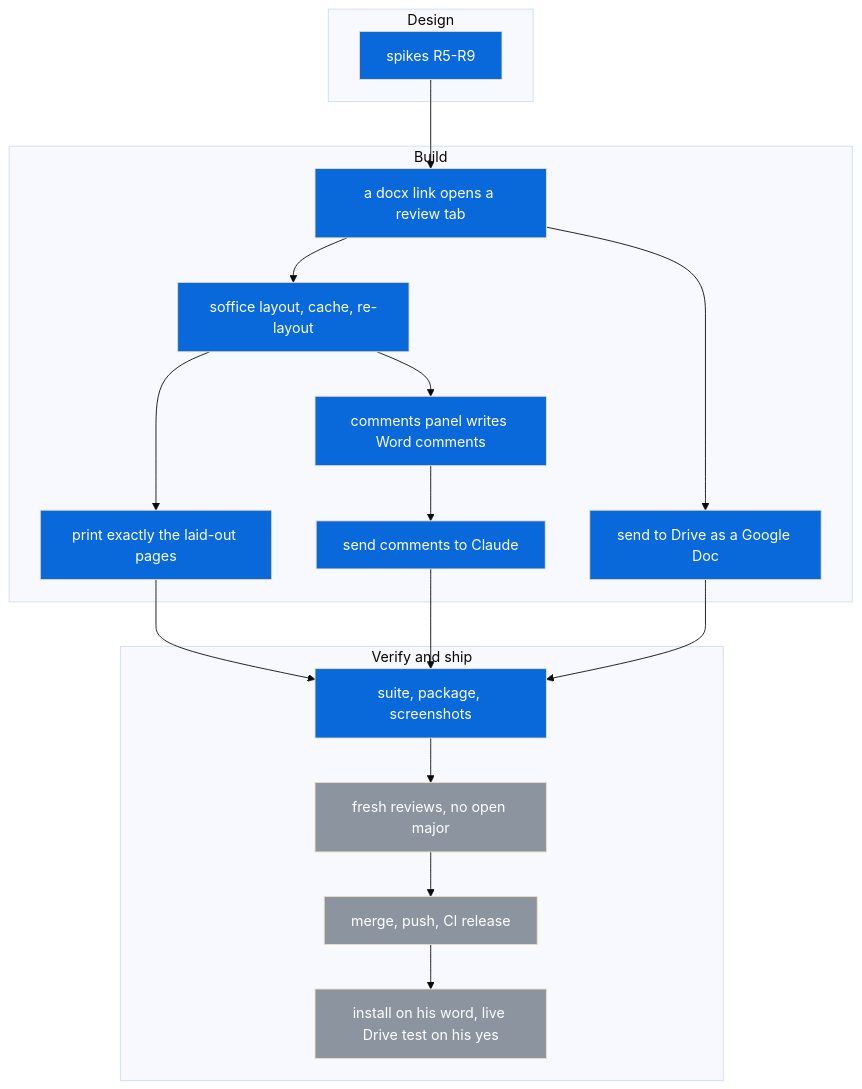
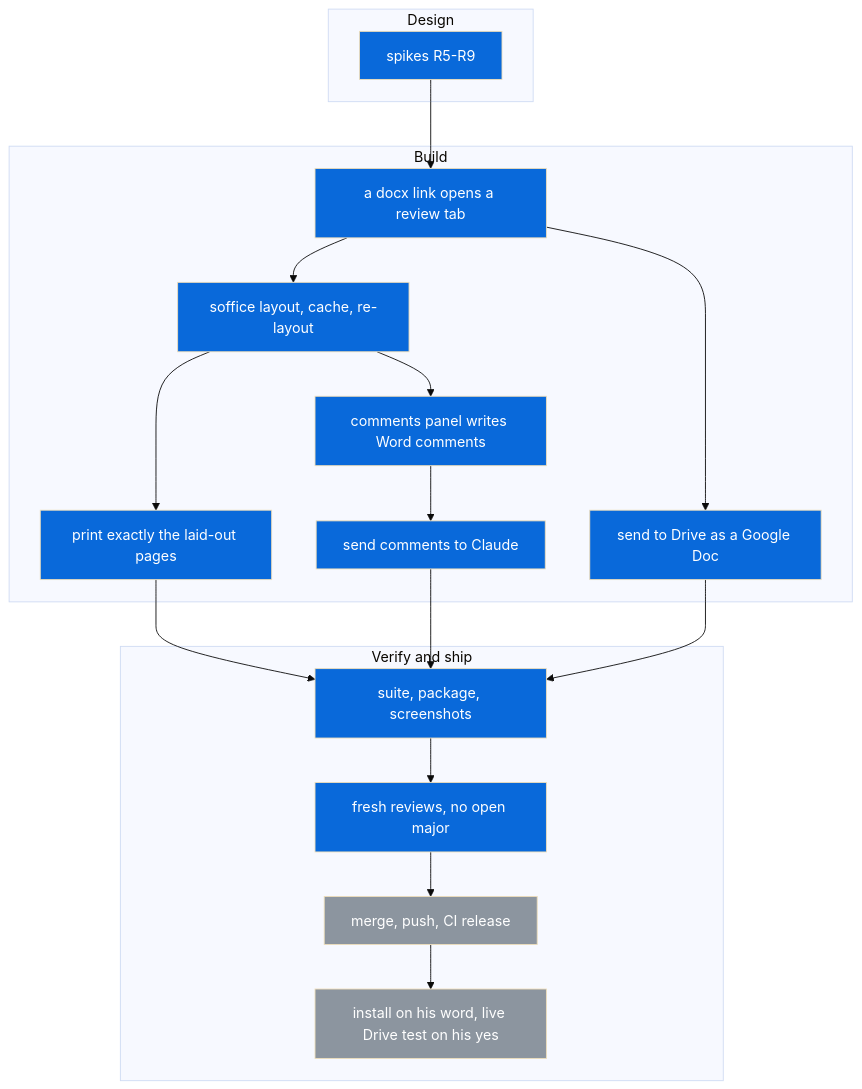
Before and after one commit to michaeljryoung/patton: the diagram in docs/review-tab.md, drawn with Mermaid (base theme). The commit also changed other lines of this file and 6 other files, not shown here.

````diff
--- a/docs/review-tab.md
+++ b/docs/review-tab.md
@@ -10,38 +10,38 @@
 ```mermaid
 flowchart TD
   subgraph D["Design"]
     rt_spike[spikes R5-R9]:::live
   end
   subgraph B["Build"]
     rt_open[a docx link opens a review tab]:::live
     rt_layout[soffice layout, cache, re-layout]:::live
     rt_print[print exactly the laid-out pages]:::live
     rt_drive[send to Drive as a Google Doc]:::live
     rt_comments[comments panel writes Word comments]:::live
     rt_claude[send comments to Claude]:::live
   end
   subgraph V["Verify and ship"]
     rt_check[suite, package, screenshots]:::live
-    rt_review[fresh reviews, no open major]:::todo
+    rt_review[fresh reviews, no open major]:::live
     rt_release[merge, push, CI release]:::todo
     rt_ship[install on his word, live Drive test on his yes]:::todo
   end
   rt_spike --> rt_open
   rt_open --> rt_layout
   rt_layout --> rt_print
   rt_layout --> rt_comments
   rt_open --> rt_drive
   rt_comments --> rt_claude
   rt_print --> rt_check
   rt_drive --> rt_check
   rt_claude --> rt_check
   rt_check --> rt_review
   rt_review --> rt_release
   rt_release --> rt_ship
   classDef done fill:#1a7f37,color:#fff
   classDef live fill:#0969da,color:#fff
   classDef todo fill:#8c959f,color:#fff
   classDef blocked fill:#cf222e,color:#fff
   classDef dropped fill:#eaeef2,color:#57606a
   classDef superseded fill:#eaeef2,color:#57606a
 ```
````
